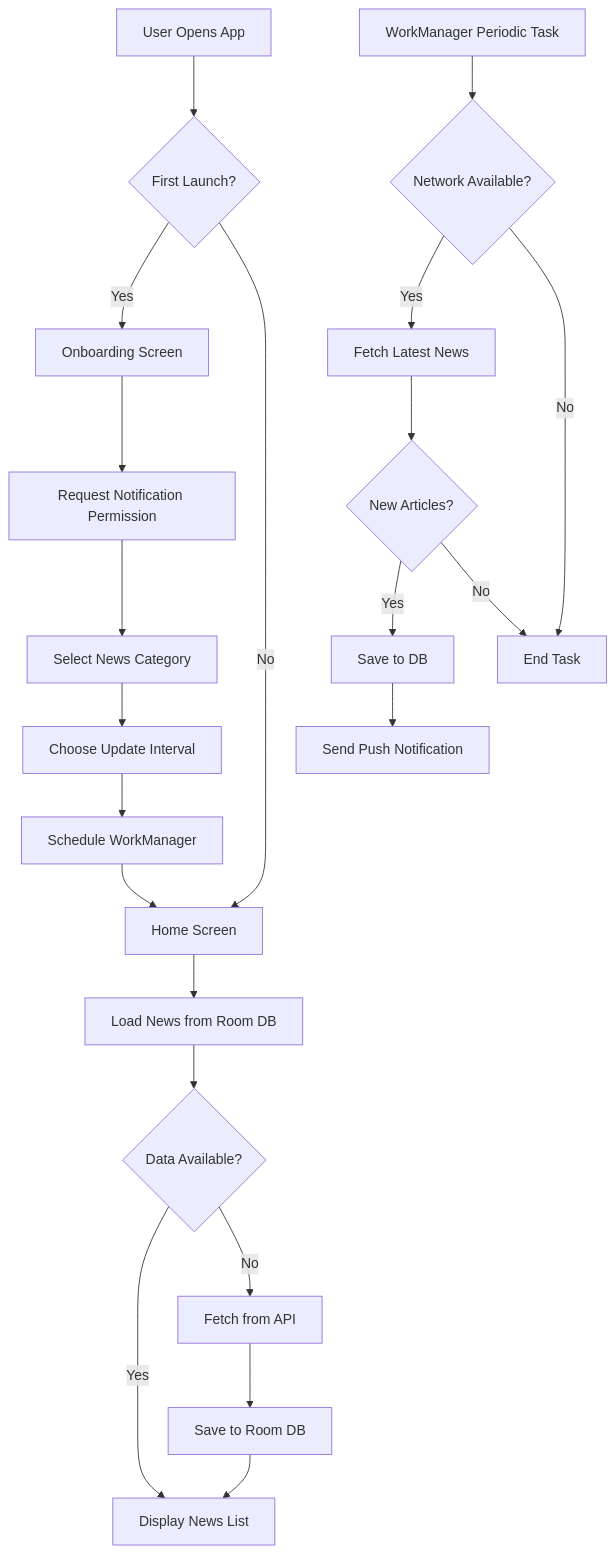
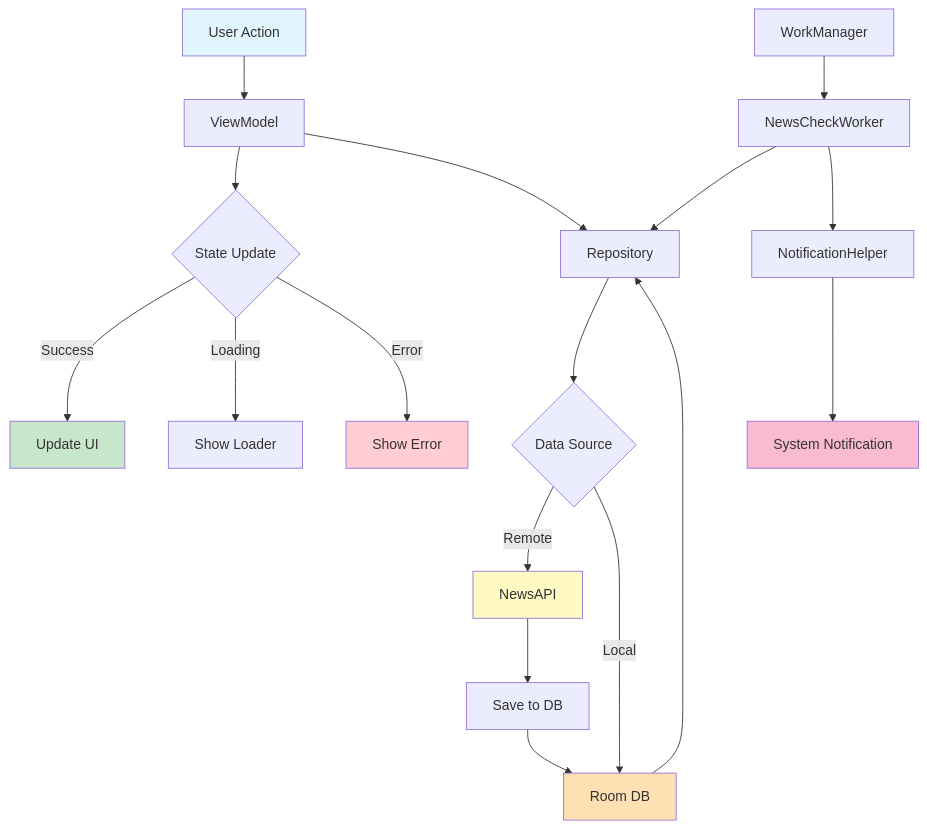
One commit to helinertgrl/pocketnews changed the diagram in README.md. Above: the diagram before and after it, drawn with Mermaid. The commit also changed other lines of this file, not shown here.

````diff
--- a/README.md
+++ b/README.md
@@ -200,28 +272,29 @@
 ```mermaid
-graph TD
-    A[User Opens App] --> B{First Launch?}
-    B -->|Yes| C[Onboarding Screen]
-    B -->|No| D[Home Screen]
+graph TB
+    A[User Action] --> B[ViewModel]
+    B --> C{State Update}
+    C -->|Success| D[Update UI]
+    C -->|Loading| E[Show Loader]
+    C -->|Error| F[Show Error]
     
-    C --> E[Request Notification Permission]
-    E --> F[Select News Category]
-    F --> G[Choose Update Interval]
-    G --> H[Schedule WorkManager]
-    H --> D
+    B --> G[Repository]
+    G --> H{Data Source}
+    H -->|Remote| I[NewsAPI]
+    H -->|Local| J[Room DB]
     
-    D --> I[Load News from Room DB]
-    I --> J{Data Available?}
-    J -->|Yes| K[Display News List]
-    J -->|No| L[Fetch from API]
+    I --> K[Save to DB]
+    K --> J
+    J --> G
     
-    L --> M[Save to Room DB]
-    M --> K
+    L[WorkManager] --> M[NewsCheckWorker]
+    M --> G
+    M --> N[NotificationHelper]
+    N --> O[System Notification]
     
-    N[WorkManager Periodic Task] --> O{Network Available?}
-    O -->|Yes| P[Fetch Latest News]
-    P --> Q{New Articles?}
-    Q -->|Yes| R[Save to DB]
-    R --> S[Send Push Notification]
-    Q -->|No| T[End Task]
-    O -->|No| T
+    style A fill:#e1f5ff
+    style D fill:#c8e6c9
+    style F fill:#ffcdd2
+    style I fill:#fff9c4
+    style J fill:#ffe0b2
+    style O fill:#f8bbd0
 ```
````
